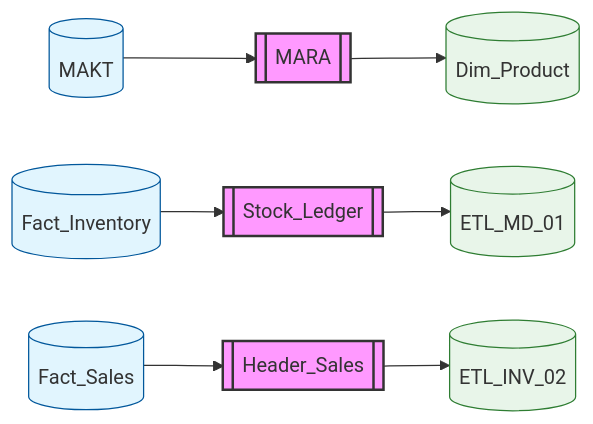
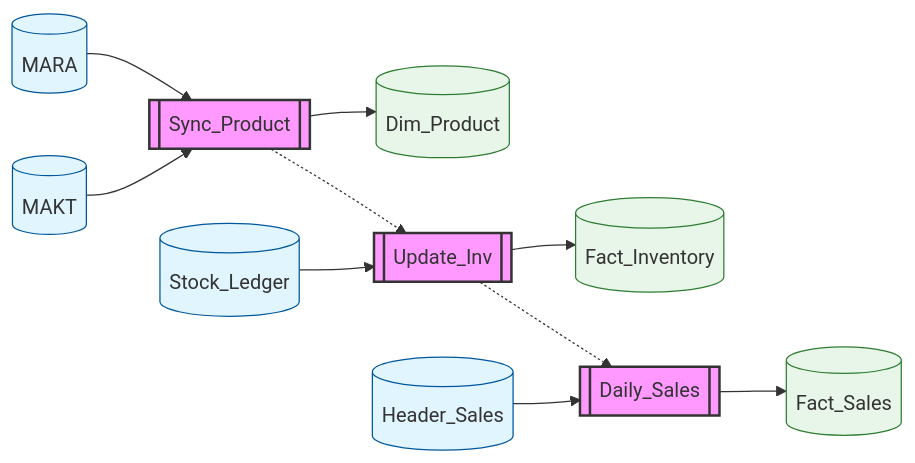
The diagram in ETLLineage.md (ammarrna/TestReadme), drawn with Mermaid before and after one commit.

````diff
--- a/ETLLineage.md
+++ b/ETLLineage.md
@@ -1,12 +1,15 @@
 ```mermaid
 graph LR
     classDef job fill:#f9f,stroke:#333,stroke-width:2px;
     classDef source fill:#e1f5fe,stroke:#01579b;
     classDef target fill:#e8f5e9,stroke:#2e7d32;
-    MAKT[(MAKT)]:::source --> Sync_Product[[ MARA ]]:::job
-    Sync_Product --> Dim_Product[(Dim_Product)]:::target
-    Fact_Inventory[(Fact_Inventory)]:::source --> Update_Inv[[ Stock_Ledger ]]:::job
-    Update_Inv --> ETL_MD_01[(ETL_MD_01)]:::target
-    Fact_Sales[(Fact_Sales)]:::source --> Daily_Sales[[ Header_Sales ]]:::job
-    Daily_Sales --> ETL_INV_02[(ETL_INV_02)]:::target
+    MARA[(MARA)]:::source --> ETL_MD_01[[ Sync_Product ]]:::job
+    MAKT[(MAKT)]:::source --> ETL_MD_01[[ Sync_Product ]]:::job
+    ETL_MD_01 --> Dim_Product[(Dim_Product)]:::target
+    Stock_Ledger[(Stock_Ledger)]:::source --> ETL_INV_02[[ Update_Inv ]]:::job
+    ETL_INV_02 --> Fact_Inventory[(Fact_Inventory)]:::target
+    ETL_MD_01 -.-> ETL_INV_02
+    Header_Sales[(Header_Sales)]:::source --> ETL_SLS_03[[ Daily_Sales ]]:::job
+    ETL_SLS_03 --> Fact_Sales[(Fact_Sales)]:::target
+    ETL_INV_02 -.-> ETL_SLS_03
 ```
````
